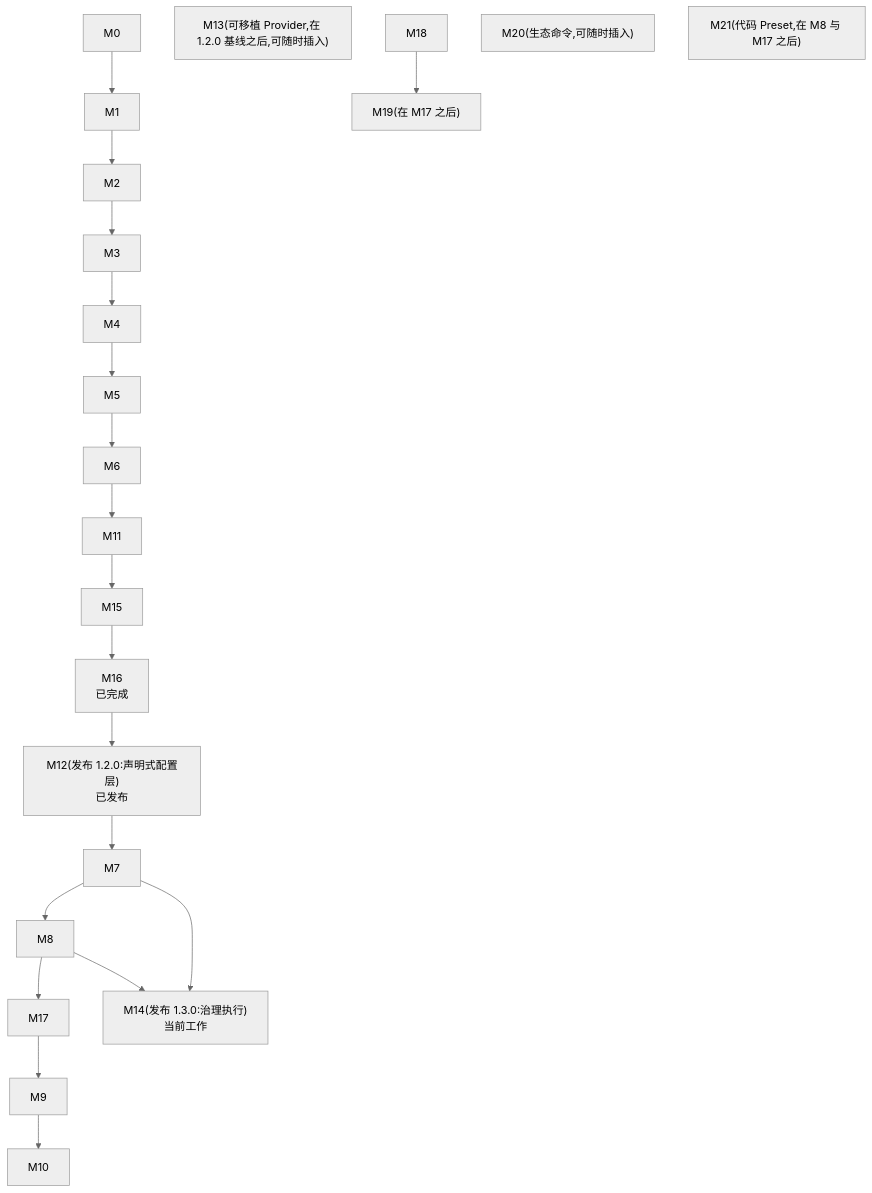
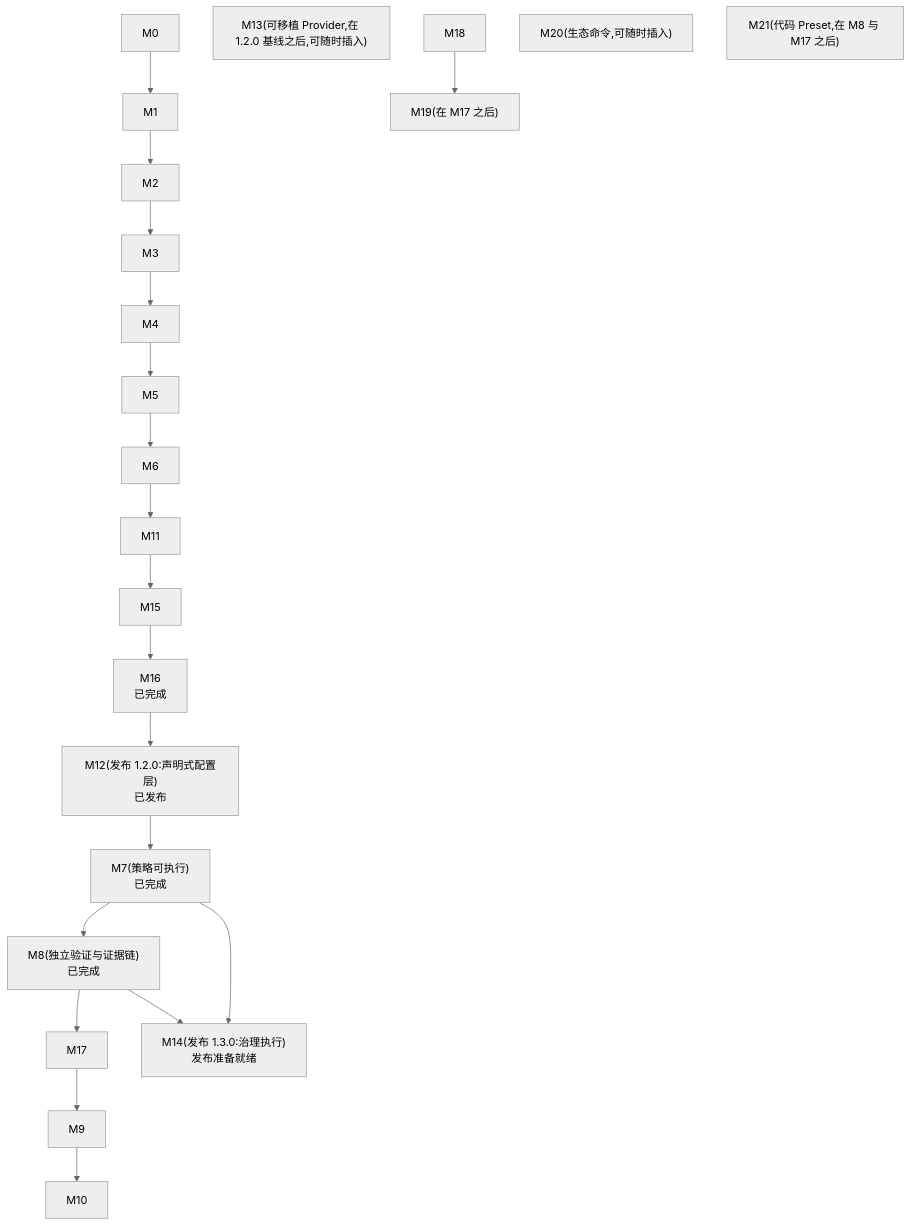
Before and after one commit to pedyc/pedyc-harness: the first of 2 diagrams in docs/milestones/milestones.md, drawn with Mermaid (neutral theme). The commit also changed other lines of this file and 19 other files, not shown here.

````diff
--- a/docs/milestones/milestones.md
+++ b/docs/milestones/milestones.md
@@ -15,14 +16,14 @@
 ```mermaid
 flowchart TD
   M0["M0"] --> M1 --> M2 --> M3 --> M4 --> M5 --> M6
   M6 --> M11
   M11 --> M15 --> M16["M16<br/>已完成"]
   M16 --> M12["M12(发布 1.2.0:声明式配置层)<br/>已发布"]
-  M12 --> M7 --> M8 --> M17 --> M9 --> M10
-  M7 --> M14["M14(发布 1.3.0:治理执行)<br/>当前工作"]
+  M12 --> M7["M7(策略可执行)<br/>已完成"] --> M8["M8(独立验证与证据链)<br/>已完成"] --> M17 --> M9 --> M10
+  M7 --> M14["M14(发布 1.3.0:治理执行)<br/>发布准备就绪"]
   M8 --> M14
   M13["M13(可移植 Provider,在 1.2.0 基线之后,可随时插入)"]
   M18["M18"] --> M19["M19(在 M17 之后)"]
   M20["M20(生态命令,可随时插入)"]
   M21["M21(代码 Preset,在 M8 与 M17 之后)"]
 ```
````
